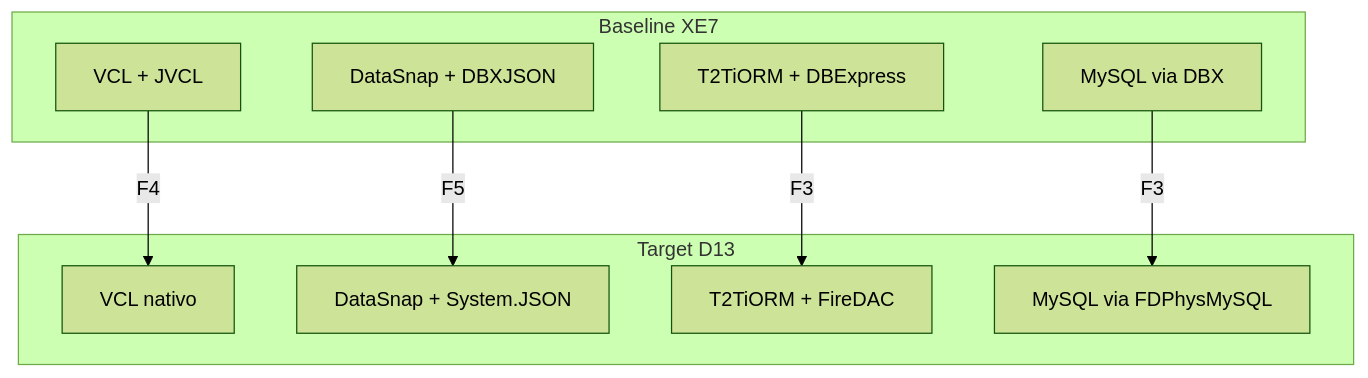
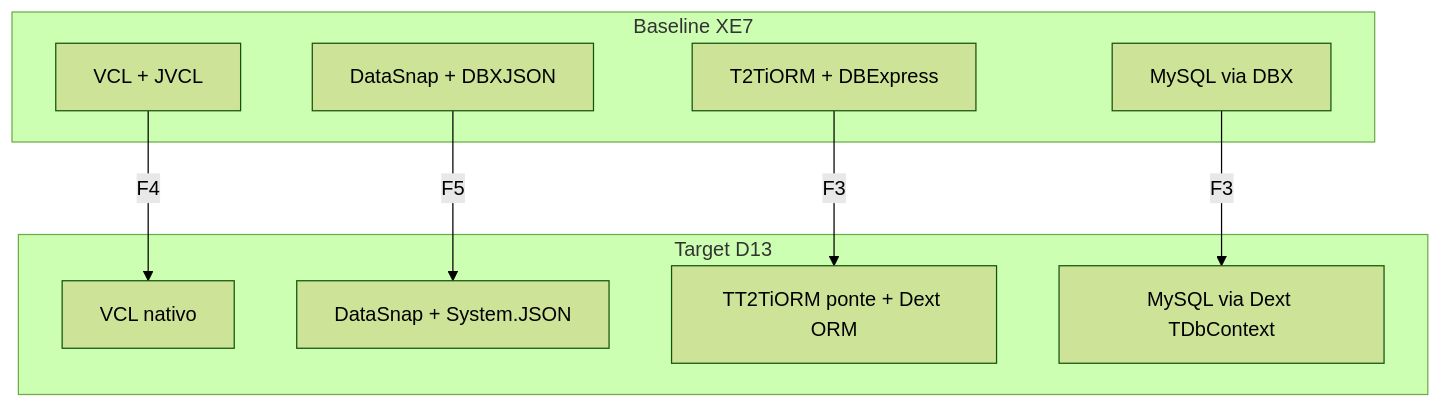
The first of 2 diagrams in Retaguarda/.specs/features/delphi-migration/design.md (alepmedeiros/erp-delphi), drawn with Mermaid (forest theme) before and after one commit. The commit also changed other lines of this file and 2617 other files, not shown here.

````diff
--- a/Retaguarda/.specs/features/delphi-migration/design.md
+++ b/Retaguarda/.specs/features/delphi-migration/design.md
@@ -13,21 +13,21 @@
 ```mermaid
 flowchart TB
   subgraph origem [Baseline XE7]
     C1[VCL + JVCL]
     S1[DataSnap + DBXJSON]
     O1[T2TiORM + DBExpress]
     D1[MySQL via DBX]
   end
 
   subgraph destino [Target D13]
     C2[VCL nativo]
     S2[DataSnap + System.JSON]
-    O2[T2TiORM + FireDAC]
-    D2[MySQL via FDPhysMySQL]
+    O2[TT2TiORM ponte + Dext ORM]
+    D2[MySQL via Dext TDbContext]
   end
 
   C1 -->|F4| C2
   S1 -->|F5| S2
   O1 -->|F3| O2
   D1 -->|F3| D2
 ```
````
